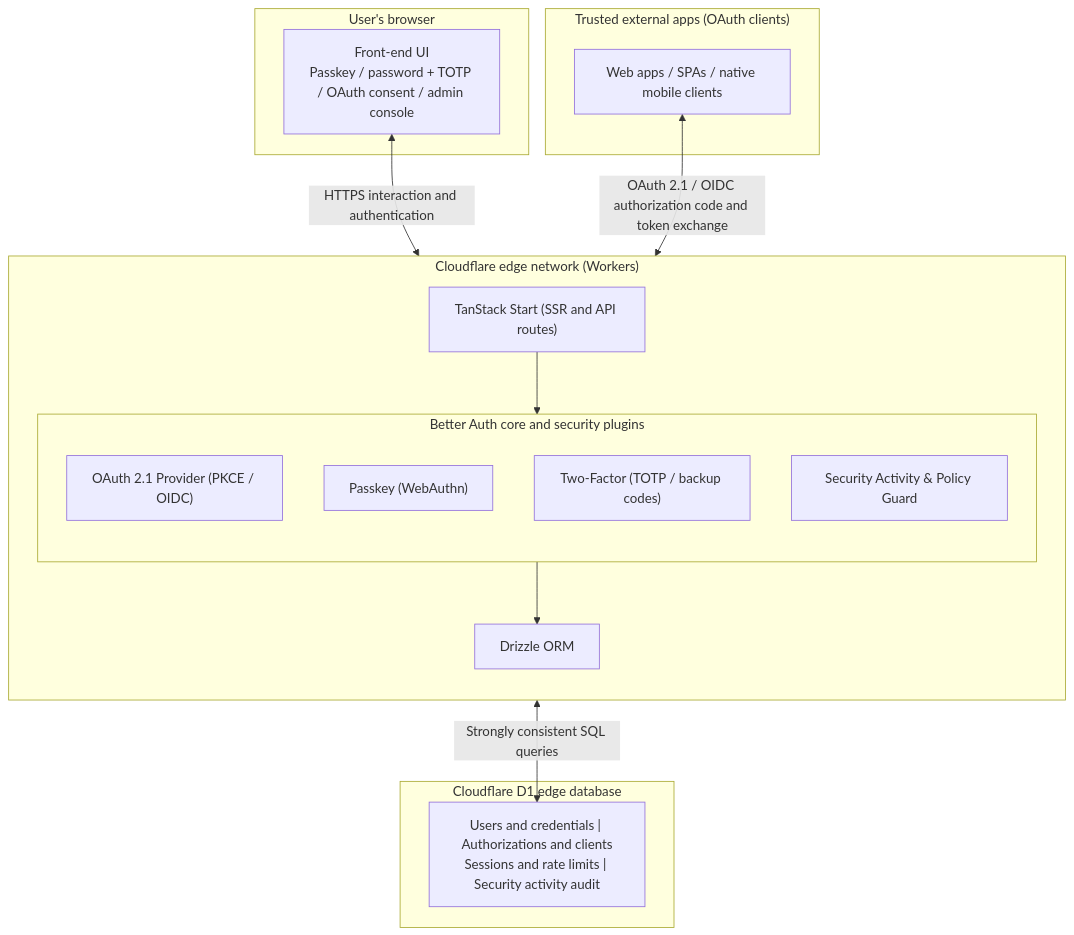
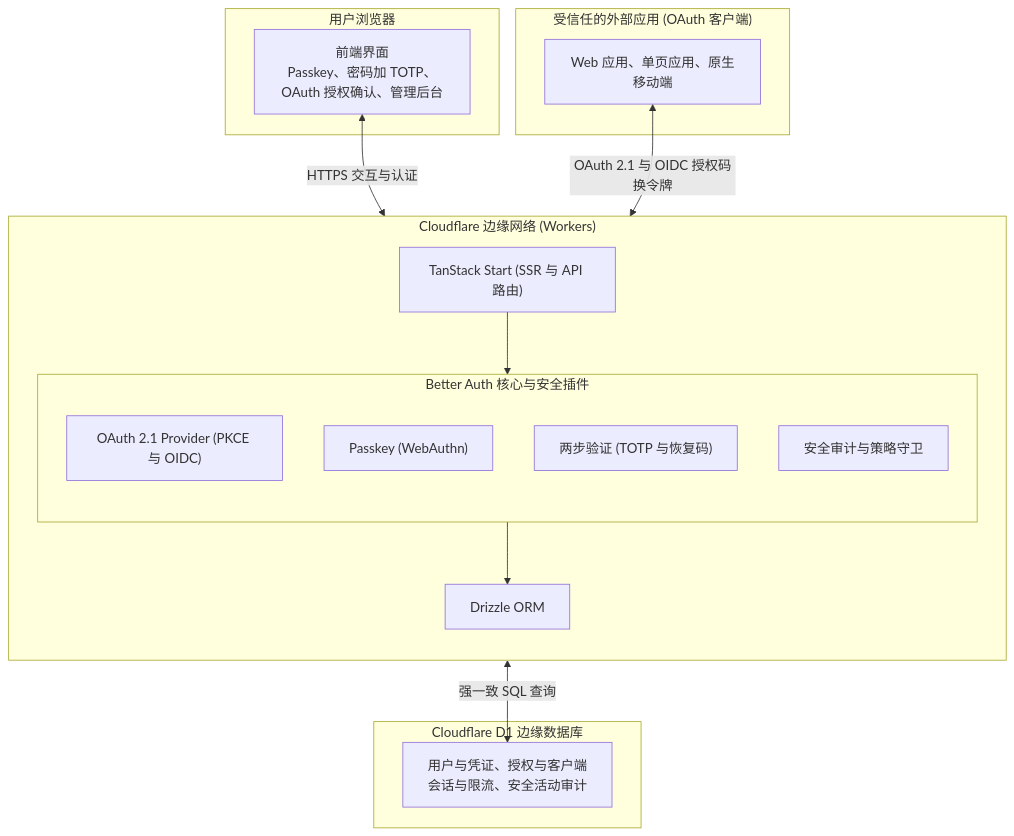
Before and after one commit to Jazee6/astro-blur: the first of 3 diagrams in src/content/posts/easy-auth.md, drawn with Mermaid. The commit also changed other lines of this file and 18 other files, not shown here.

````diff
--- a/src/content/posts/easy-auth.md
+++ b/src/content/posts/easy-auth.md
@@ -35,35 +33,35 @@
 ```mermaid
 flowchart TD
-    subgraph Browser ["User's browser"]
-        ClientUI["Front-end UI<br/>Passkey / password + TOTP / OAuth consent / admin console"]
+    subgraph Browser ["用户浏览器"]
+        ClientUI["前端界面<br/>Passkey、密码加 TOTP、OAuth 授权确认、管理后台"]
     end
 
-    subgraph Edge ["Cloudflare edge network (Workers)"]
+    subgraph Edge ["Cloudflare 边缘网络 (Workers)"]
         direction TB
-        SSR["TanStack Start (SSR and API routes)"]
+        SSR["TanStack Start (SSR 与 API 路由)"]
 
-        subgraph AuthCore ["Better Auth core and security plugins"]
+        subgraph AuthCore ["Better Auth 核心与安全插件"]
             direction TB
-            OIDC["OAuth 2.1 Provider (PKCE / OIDC)"]
+            OIDC["OAuth 2.1 Provider (PKCE 与 OIDC)"]
             PasskeyMod["Passkey (WebAuthn)"]
-            TwoFactorMod["Two-Factor (TOTP / backup codes)"]
-            AdminGuard["Security Activity & Policy Guard"]
+            TwoFactorMod["两步验证 (TOTP 与恢复码)"]
+            AdminGuard["安全审计与策略守卫"]
         end
 
         Drizzle["Drizzle ORM"]
         SSR --> AuthCore
         AuthCore --> Drizzle
     end
 
-    subgraph Storage ["Cloudflare D1 edge database"]
-        D1Tables["Users and credentials | Authorizations and clients<br/>Sessions and rate limits | Security activity audit"]
+    subgraph Storage ["Cloudflare D1 边缘数据库"]
+        D1Tables["用户与凭证、授权与客户端<br/>会话与限流、安全活动审计"]
     end
 
-    subgraph Apps ["Trusted external apps (OAuth clients)"]
-        ExternalApp["Web apps / SPAs / native mobile clients"]
+    subgraph Apps ["受信任的外部应用 (OAuth 客户端)"]
+        ExternalApp["Web 应用、单页应用、原生移动端"]
     end
 
-    ClientUI <-->|HTTPS interaction and authentication| SSR
-    Drizzle <-->|Strongly consistent SQL queries| D1Tables
-    ExternalApp <-->|OAuth 2.1 / OIDC authorization code and token exchange| SSR
+    ClientUI <-->|HTTPS 交互与认证| SSR
+    Drizzle <-->|强一致 SQL 查询| D1Tables
+    ExternalApp <-->|OAuth 2.1 与 OIDC 授权码换令牌| SSR
 ```
````
